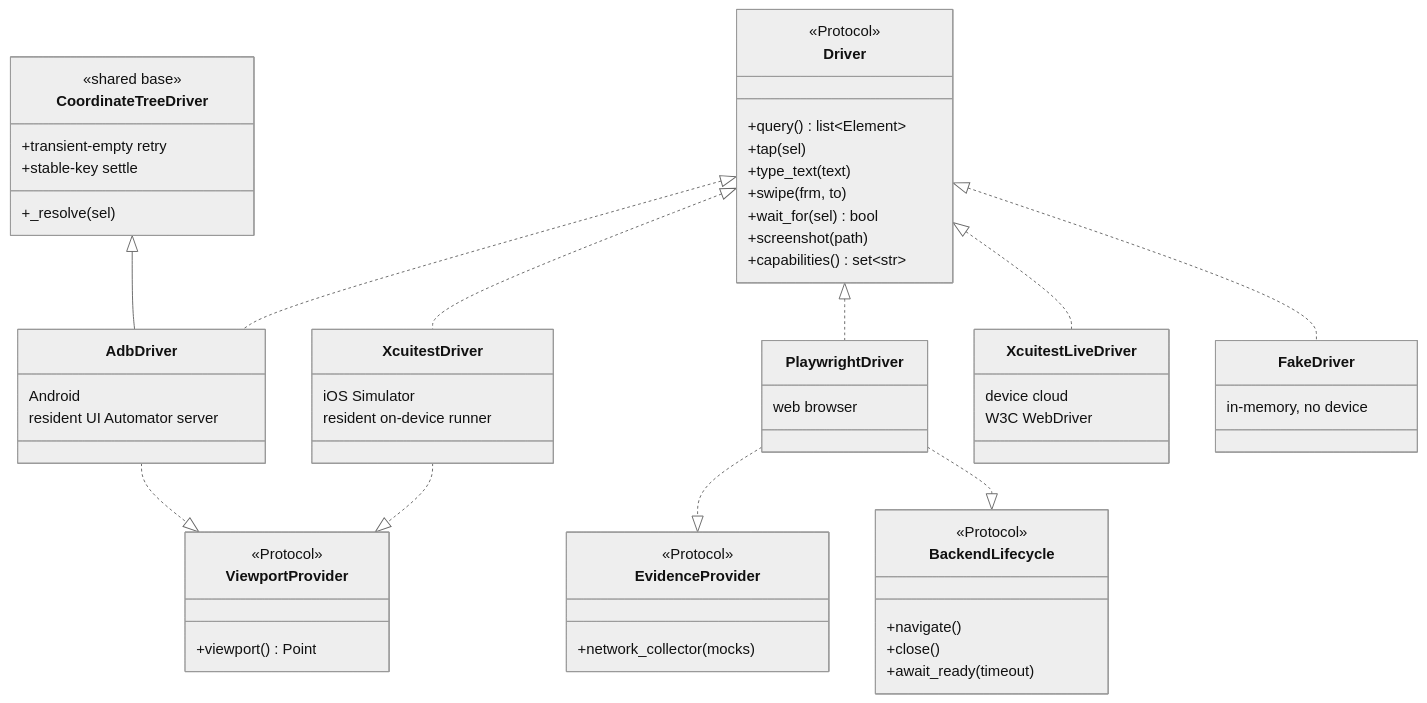
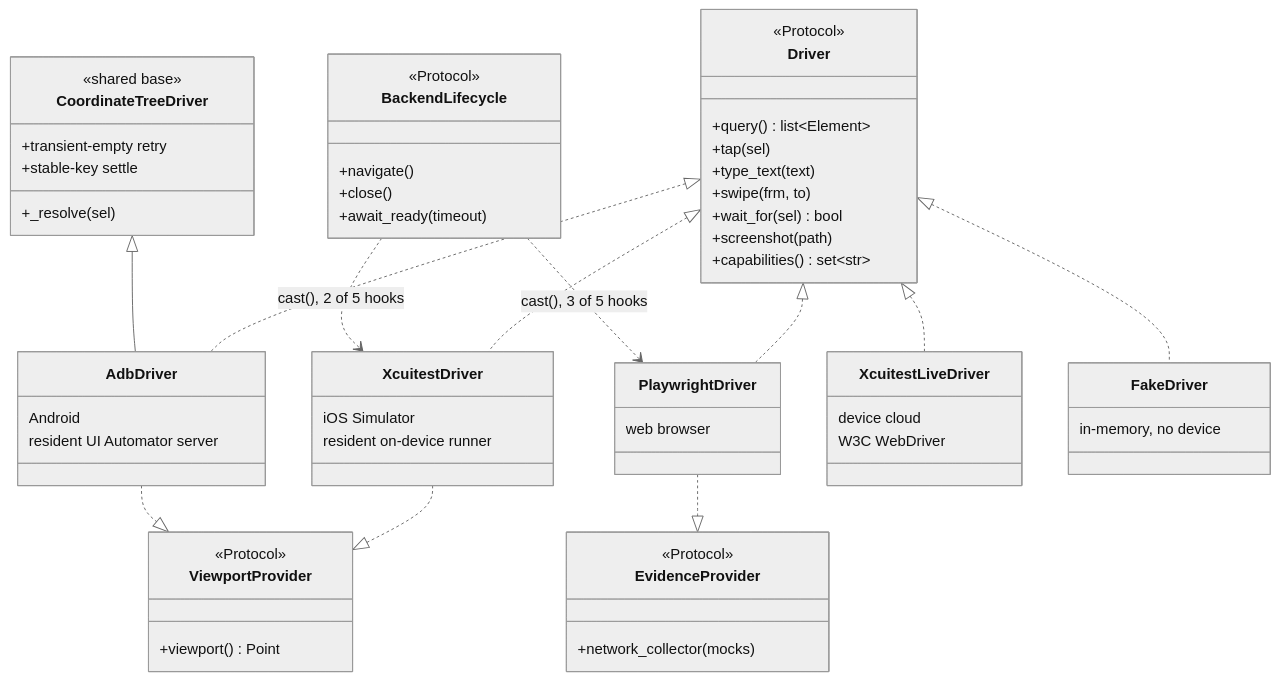
The sixth of 7 diagrams in docs/code-structure.md (bajutsu-e2e/bajutsu), drawn with Mermaid (neutral theme) before and after one commit. The commit also changed other lines of this file and 5 other files, not shown here.

First line of the commit message:
docs(code-structure): fix resolve_unique, BackendLifecycle, and Triage against current code

````diff
--- a/docs/code-structure.md
+++ b/docs/code-structure.md
@@ -474,62 +474,63 @@
 ```mermaid
 classDiagram
     class Driver {
         <<Protocol>>
         +query() list~Element~
         +tap(sel)
         +type_text(text)
         +swipe(frm, to)
         +wait_for(sel) bool
         +screenshot(path)
         +capabilities() set~str~
     }
     class CoordinateTreeDriver {
         <<shared base>>
         +transient-empty retry
         +stable-key settle
         +_resolve(sel)
     }
     class EvidenceProvider {
         <<Protocol>>
         +network_collector(mocks)
     }
     class ViewportProvider {
         <<Protocol>>
         +viewport() Point
     }
     class BackendLifecycle {
         <<Protocol>>
         +navigate()
         +close()
         +await_ready(timeout)
     }
     class XcuitestDriver {
         iOS Simulator
         resident on-device runner
     }
     class AdbDriver {
         Android
         resident UI Automator server
     }
     class PlaywrightDriver {
         web browser
     }
     class XcuitestLiveDriver {
         device cloud
         W3C WebDriver
     }
     class FakeDriver {
         in-memory, no device
     }
 
     Driver <|.. XcuitestDriver
     Driver <|.. AdbDriver
     Driver <|.. PlaywrightDriver
     Driver <|.. XcuitestLiveDriver
     Driver <|.. FakeDriver
     CoordinateTreeDriver <|-- AdbDriver
     PlaywrightDriver ..|> EvidenceProvider
-    PlaywrightDriver ..|> BackendLifecycle
     XcuitestDriver ..|> ViewportProvider
     AdbDriver ..|> ViewportProvider
+    BackendLifecycle ..> PlaywrightDriver : cast(), 3 of 5 hooks
+    BackendLifecycle ..> XcuitestDriver : cast(), 2 of 5 hooks
 ```
````
